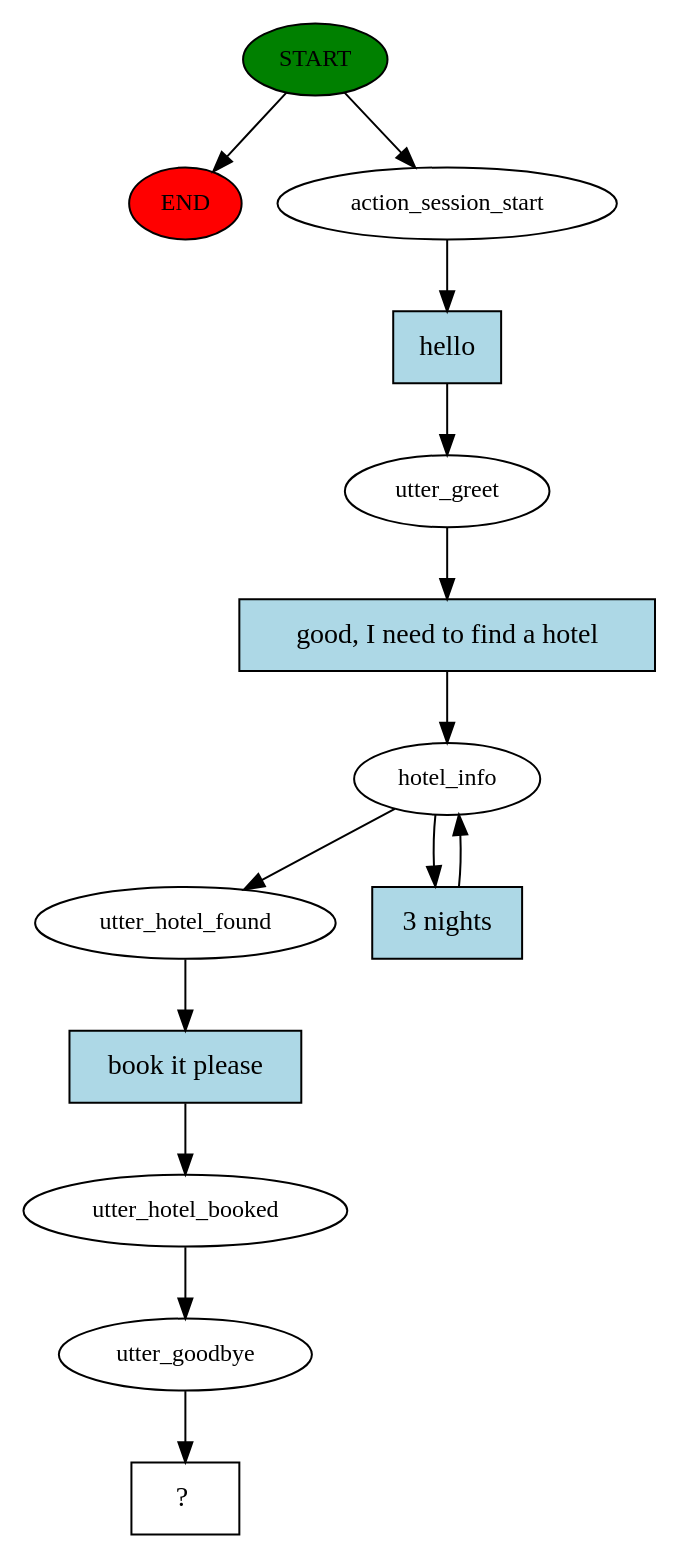
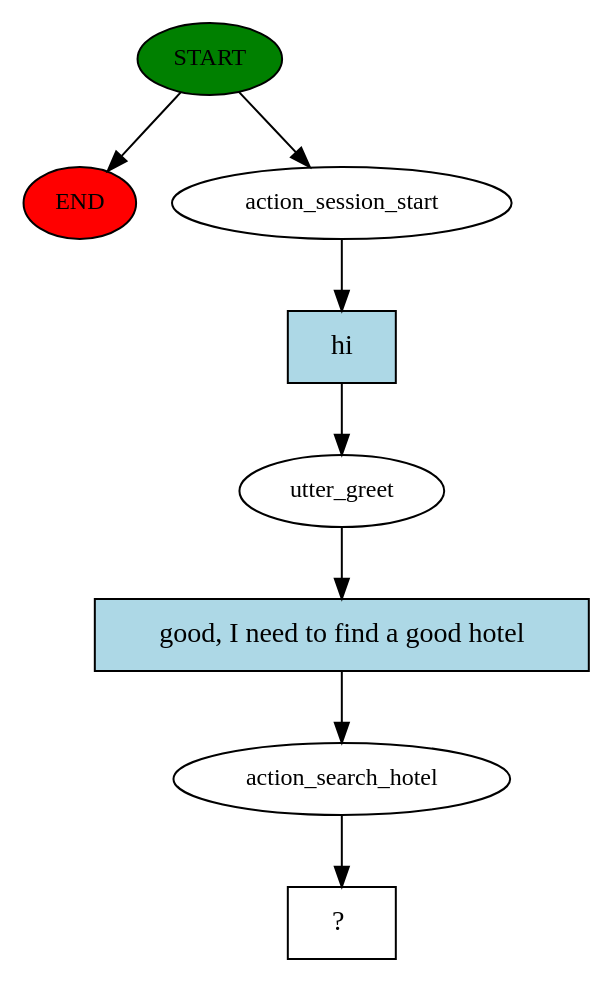
The diagram in rasa/story_graph.dot (Acesarsilva/Chatbot_for_Hotel_Service), drawn with Graphviz before and after one commit. The commit also changed 9 other files, not shown here.

Commit message:
create action in python that handle find hotel

```diff
--- a/rasa/story_graph.dot
+++ b/rasa/story_graph.dot
@@ -1,28 +1,17 @@
 digraph  {
 0 [class="start active", fillcolor=green, fontsize=12, label=START, style=filled];
 "-1" [class=end, fillcolor=red, fontsize=12, label=END, style=filled];
 1 [class=active, fontsize=12, label=action_session_start];
 2 [class=active, fontsize=12, label=utter_greet];
-3 [class=active, fontsize=12, label=hotel_info];
-7 [class=active, fontsize=12, label=utter_hotel_found];
-8 [class=active, fontsize=12, label=utter_hotel_booked];
-9 [class=active, fontsize=12, label=utter_goodbye];
-10 [class="intent dashed active", label="  ?  ", shape=rect];
-11 [class="intent active", fillcolor=lightblue, label=hello, shape=rect, style=filled];
-12 [class="intent active", fillcolor=lightblue, label="good, I need to find a hotel", shape=rect, style=filled];
-13 [class="intent active", fillcolor=lightblue, label="3 nights", shape=rect, style=filled];
-14 [class="intent active", fillcolor=lightblue, label="book it please", shape=rect, style=filled];
+3 [class=active, fontsize=12, label=action_search_hotel];
+4 [class="intent dashed active", label="  ?  ", shape=rect];
+5 [class="intent active", fillcolor=lightblue, label=hi, shape=rect, style=filled];
+6 [class="intent active", fillcolor=lightblue, label="good, I need to find a good hotel", shape=rect, style=filled];
 0 -> "-1"  [class="", key=NONE, label=""];
 0 -> 1  [class=active, key=NONE, label=""];
-1 -> 11  [class=active, key=0];
-2 -> 12  [class=active, key=0];
-3 -> 7  [class=active, key=NONE, label=""];
-3 -> 13  [class=active, key=0];
-7 -> 14  [class=active, key=0];
-8 -> 9  [class=active, key=NONE, label=""];
-9 -> 10  [class=active, key=NONE, label=""];
-11 -> 2  [class=active, key=0];
-12 -> 3  [class=active, key=0];
-13 -> 3  [class=active, key=0];
-14 -> 8  [class=active, key=0];
+1 -> 5  [class=active, key=0];
+2 -> 6  [class=active, key=0];
+3 -> 4  [class=active, key=NONE, label=""];
+5 -> 2  [class=active, key=0];
+6 -> 3  [class=active, key=0];
 }
```
